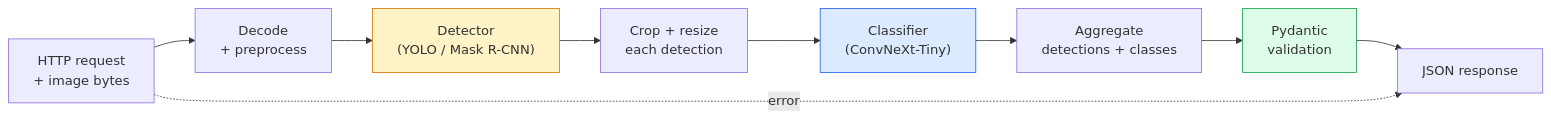
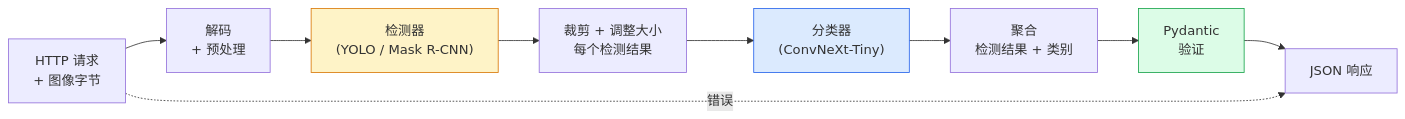
One commit to guangningsun/ailearning changed the diagram in lessons/04-computer-vision/16-vision-pipeline-capstone/docs/zh.md. Above: the diagram before and after it, drawn with Mermaid. The commit also changed other lines of this file and 29 other files, not shown here.

````diff
--- a/lessons/04-computer-vision/16-vision-pipeline-capstone/docs/zh.md
+++ b/lessons/04-computer-vision/16-vision-pipeline-capstone/docs/zh.md
@@ -29,16 +29,16 @@
 ```mermaid
 flowchart LR
-    REQ["HTTP request<br/>+ image bytes"] --> LOAD["Decode<br/>+ preprocess"]
-    LOAD --> DET["Detector<br/>(YOLO / Mask R-CNN)"]
-    DET --> CROP["Crop + resize<br/>each detection"]
-    CROP --> CLS["Classifier<br/>(ConvNeXt-Tiny)"]
-    CLS --> AGG["Aggregate<br/>detections + classes"]
-    AGG --> SCHEMA["Pydantic<br/>validation"]
-    SCHEMA --> RESP["JSON response"]
+    REQ["HTTP 请求<br/>+ 图像字节"] --> LOAD["解码<br/>+ 预处理"]
+    LOAD --> DET["检测器<br/>(YOLO / Mask R-CNN)"]
+    DET --> CROP["裁剪 + 调整大小<br/>每个检测结果"]
+    CROP --> CLS["分类器<br/>(ConvNeXt-Tiny)"]
+    CLS --> AGG["聚合<br/>检测结果 + 类别"]
+    AGG --> SCHEMA["Pydantic<br/>验证"]
+    SCHEMA --> RESP["JSON 响应"]
 
-    REQ -.->|error| RESP
+    REQ -.->|错误| RESP
 
     style DET fill:#fef3c7,stroke:#d97706
     style CLS fill:#dbeafe,stroke:#2563eb
     style SCHEMA fill:#dcfce7,stroke:#16a34a
 ```
````
